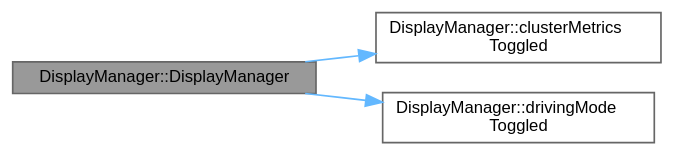
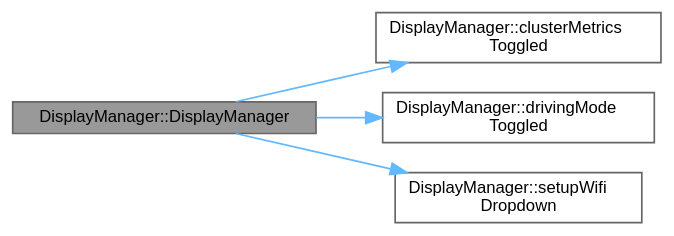
One commit to SEAME-pt/2024-2025-HotWheels changed the diagram in docs/docs/classDisplayManager_ae9f9ff9490927152279cbb64a05b775a_cgraph.dot. Above: the diagram before and after it, drawn with Graphviz. The commit also changed 812 other files, not shown here.

```diff
--- a/docs/docs/classDisplayManager_ae9f9ff9490927152279cbb64a05b775a_cgraph.dot
+++ b/docs/docs/classDisplayManager_ae9f9ff9490927152279cbb64a05b775a_cgraph.dot
@@ -1,13 +1,15 @@
 digraph "DisplayManager::DisplayManager"
 {
  // LATEX_PDF_SIZE
   bgcolor="transparent";
   edge [fontname=Helvetica,fontsize=10,labelfontname=Helvetica,labelfontsize=10];
   node [fontname=Helvetica,fontsize=10,shape=box,height=0.2,width=0.4];
   rankdir="LR";
   Node1 [id="Node000001",label="DisplayManager::DisplayManager",height=0.2,width=0.4,color="gray40", fillcolor="grey60", style="filled", fontcolor="black",tooltip="Construct a new DisplayManager object."];
   Node1 -> Node2 [id="edge1_Node000001_Node000002",color="steelblue1",style="solid",tooltip=" "];
   Node2 [id="Node000002",label="DisplayManager::clusterMetrics\lToggled",height=0.2,width=0.4,color="grey40", fillcolor="white", style="filled",URL="$classDisplayManager.html#a3392adf2d8bef0ab47c7902e0856885e",tooltip="Signal emitted when the cluster metrics are toggled."];
   Node1 -> Node3 [id="edge2_Node000001_Node000003",color="steelblue1",style="solid",tooltip=" "];
   Node3 [id="Node000003",label="DisplayManager::drivingMode\lToggled",height=0.2,width=0.4,color="grey40", fillcolor="white", style="filled",URL="$classDisplayManager.html#a82ccd56efaf1a42e2e2823a4fbaec4a0",tooltip="Signal emitted when the driving mode is toggled."];
+  Node1 -> Node4 [id="edge3_Node000001_Node000004",color="steelblue1",style="solid",tooltip=" "];
+  Node4 [id="Node000004",label="DisplayManager::setupWifi\lDropdown",height=0.2,width=0.4,color="grey40", fillcolor="white", style="filled",URL="$classDisplayManager.html#a1a3dd37332f280181e3e3f9016885252",tooltip=" "];
 }
```
